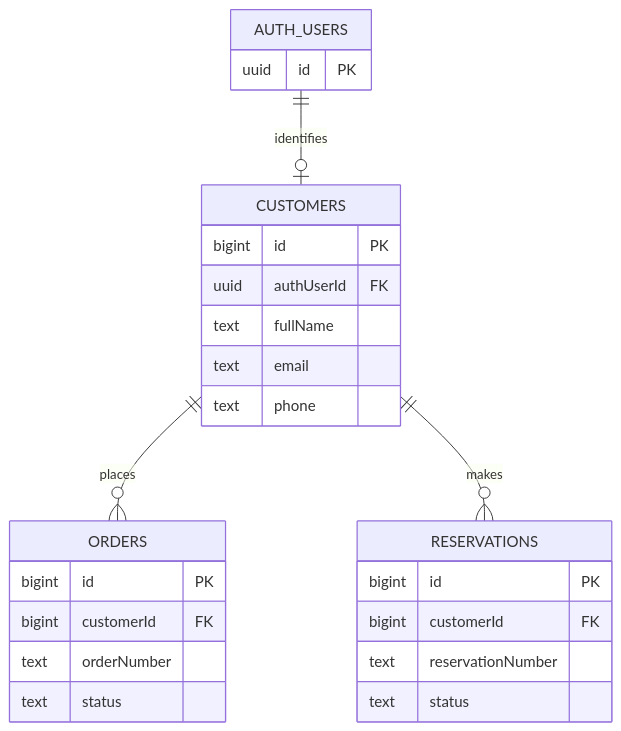
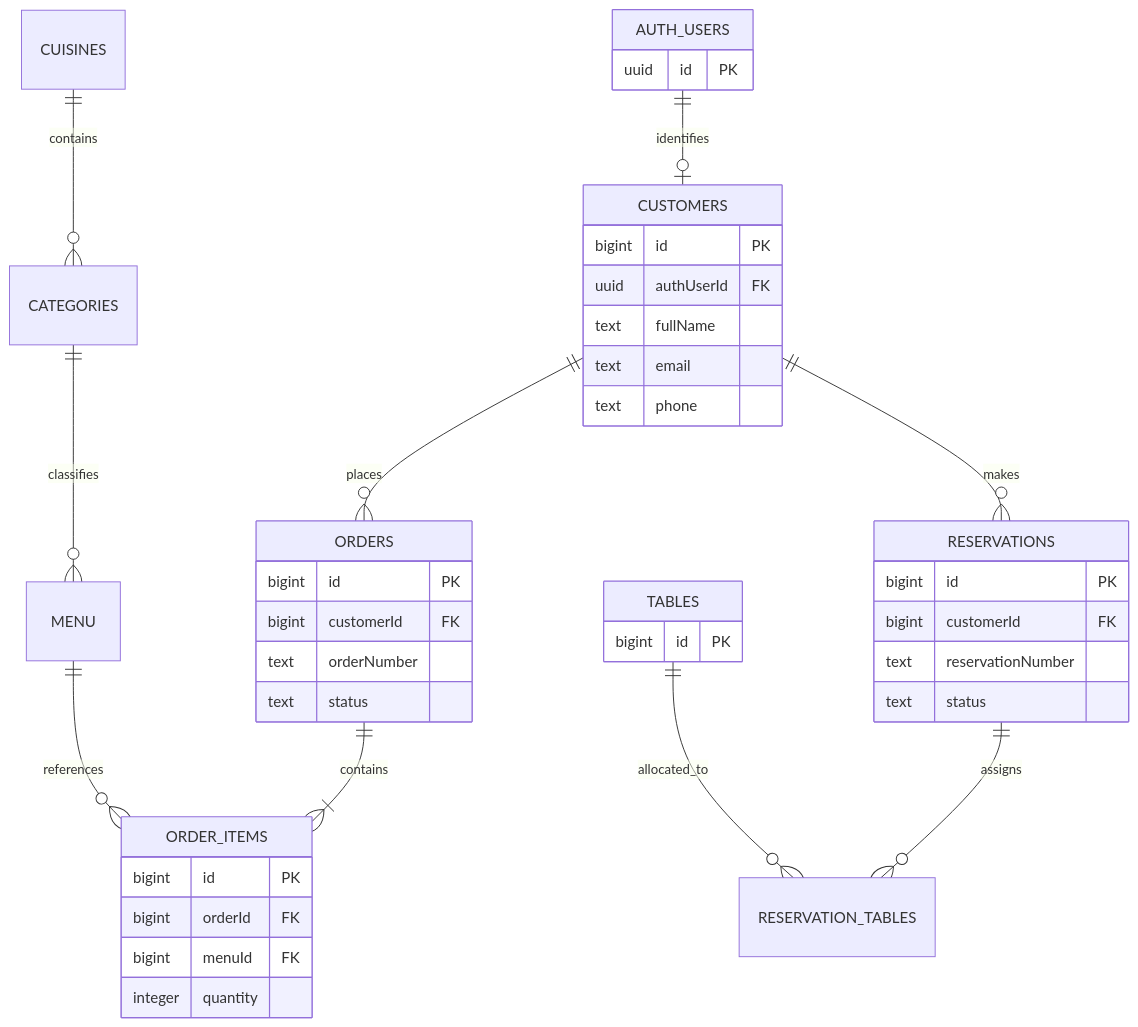
One commit to ashwin8223/tasty-treat-website changed the fifth of 9 diagrams in README.md. Above: the diagram before and after it, drawn with Mermaid. The commit also changed other lines of this file and 1 other file, not shown here.

````diff
--- a/README.md
+++ b/README.md
@@ -183,32 +468,52 @@
 ```mermaid
 erDiagram
     AUTH_USERS ||--o| CUSTOMERS : identifies
     CUSTOMERS ||--o{ ORDERS : places
     CUSTOMERS ||--o{ RESERVATIONS : makes
+
+    CUISINES ||--o{ CATEGORIES : contains
+    CATEGORIES ||--o{ MENU : classifies
+
+    ORDERS ||--|{ ORDER_ITEMS : contains
+    MENU ||--o{ ORDER_ITEMS : references
+
+    RESERVATIONS ||--o{ RESERVATION_TABLES : assigns
+    TABLES ||--o{ RESERVATION_TABLES : allocated_to
 
     AUTH_USERS {
         uuid id PK
     }
 
     CUSTOMERS {
         bigint id PK
         uuid authUserId FK
         text fullName
         text email
         text phone
     }
 
     ORDERS {
         bigint id PK
         bigint customerId FK
         text orderNumber
         text status
     }
 
+    ORDER_ITEMS {
+        bigint id PK
+        bigint orderId FK
+        bigint menuId FK
+        integer quantity
+    }
+
     RESERVATIONS {
         bigint id PK
         bigint customerId FK
         text reservationNumber
         text status
     }
+
+    TABLES {
+        bigint id PK
+    }
 ```
````
